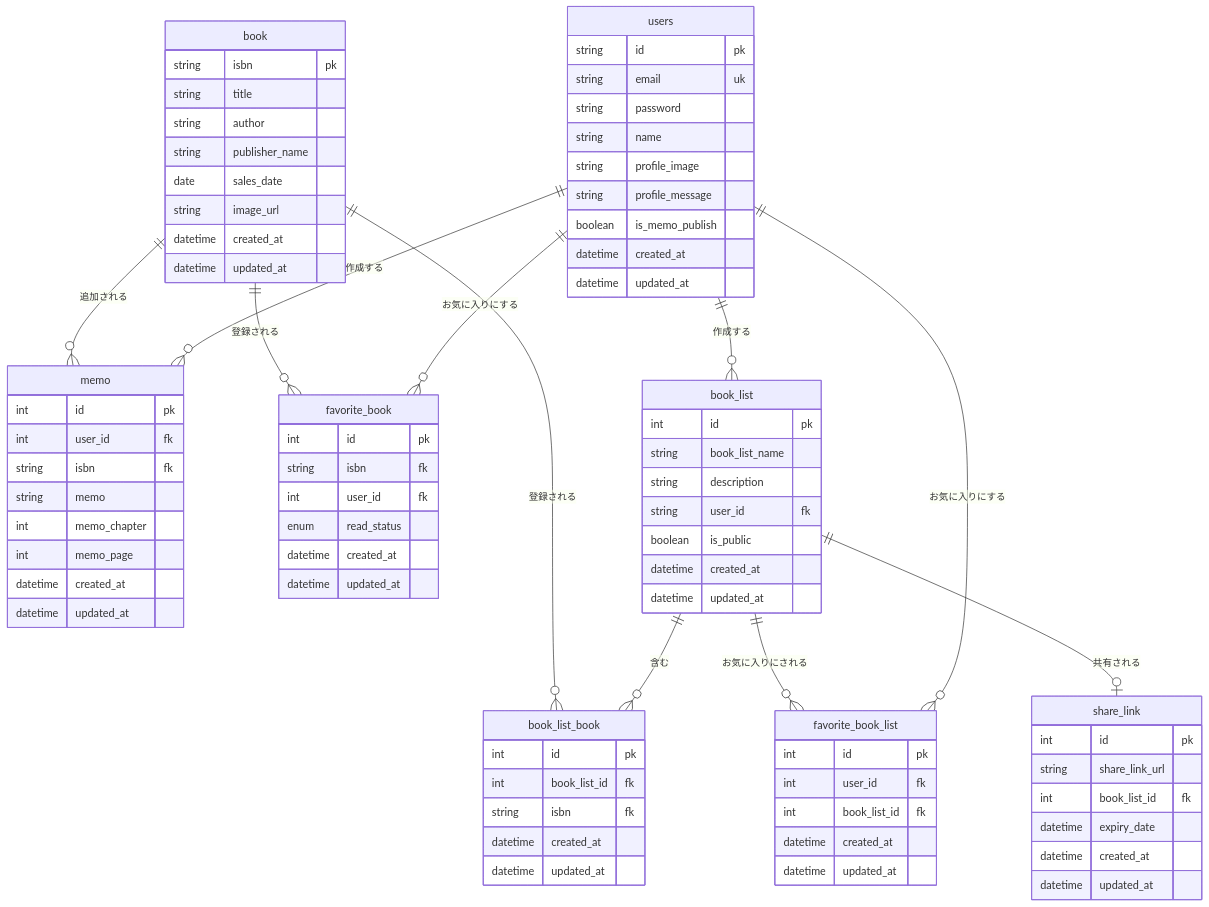
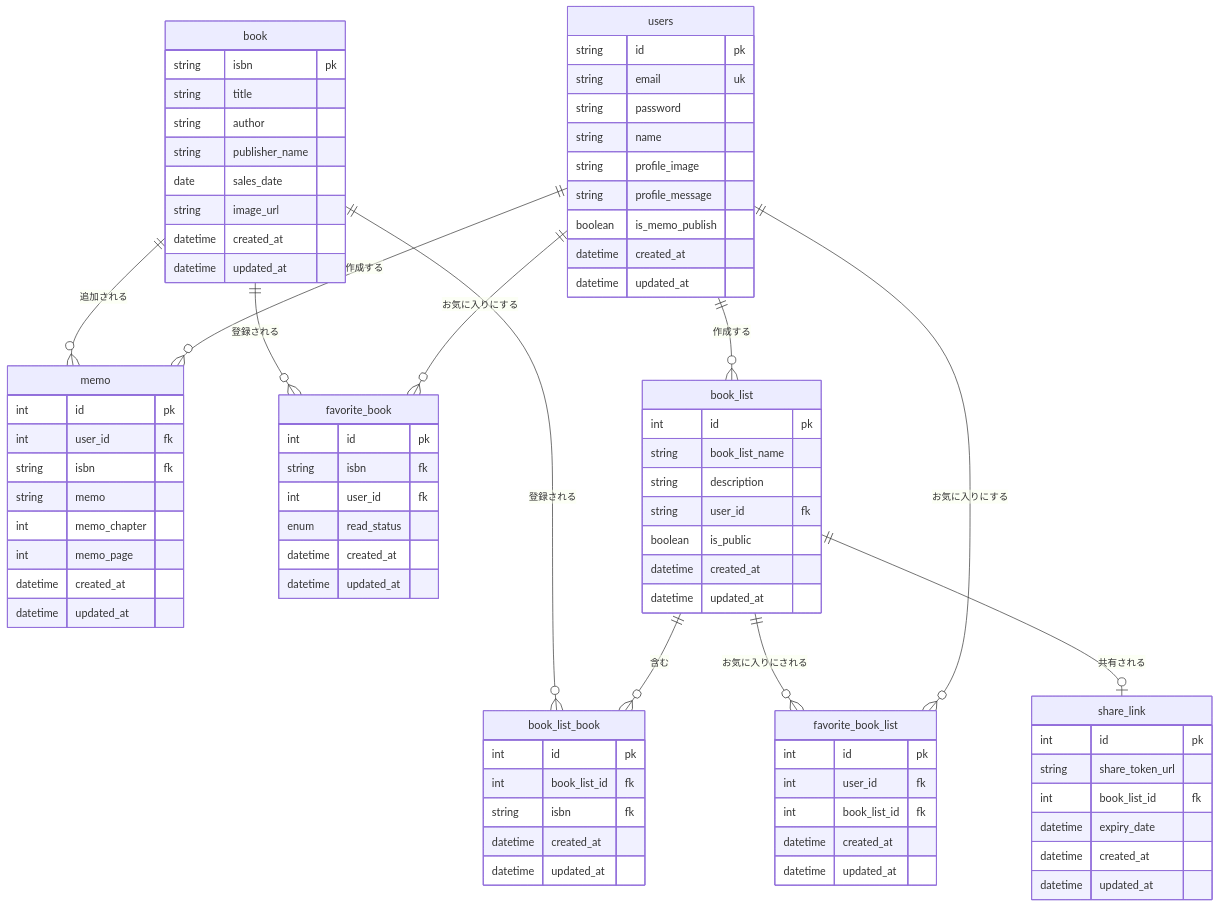
One commit to ar4rpon/minelibrary changed the diagram in _docs/ER.md. Above: the diagram before and after it, drawn with Mermaid. The commit also changed 2 other files, not shown here.

Commit message:
feat:ShareLinkメソッド作成 マイグレーション修正 #46

```diff
--- a/_docs/ER.md
+++ b/_docs/ER.md
@@ -71,7 +71,7 @@
 
 share_link {
 int id pk
-string share_link_url
+string share_token_url
 int book_list_id fk
 datetime expiry_date
 datetime created_at
```
